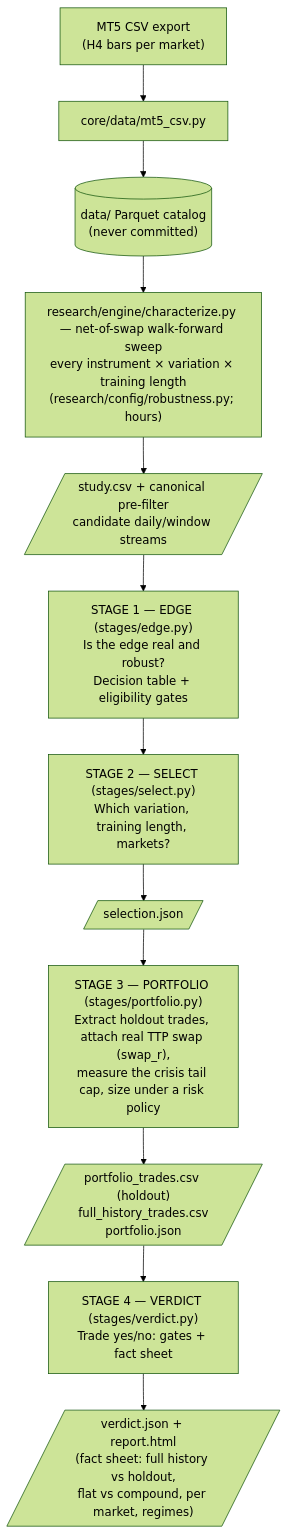
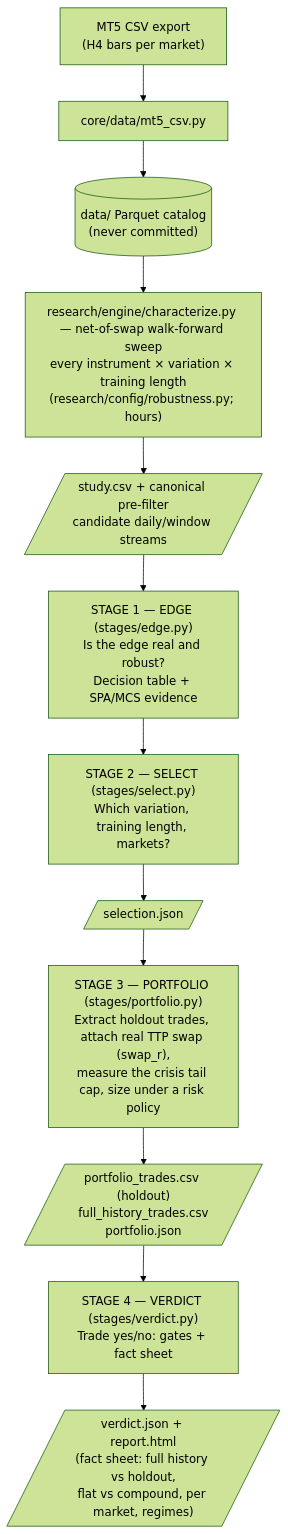
Before and after one commit to QPlus-Capital/trading-system: the second of 5 diagrams in docs/architecture.md, drawn with Mermaid (forest theme). The commit also changed other lines of this file and 15 other files, not shown here.

````diff
--- a/docs/architecture.md
+++ b/docs/architecture.md
@@ -61,18 +61,18 @@
 ```mermaid
 flowchart TD
     CSV["MT5 CSV export<br/>(H4 bars per market)"] --> INGEST["core/data/mt5_csv.py"]
     INGEST --> CAT[("data/ Parquet catalog<br/>(never committed)")]
 
     CAT --> SWEEP["research/engine/characterize.py — net-of-swap walk-forward sweep<br/>every instrument × variation × training length<br/>(research/config/robustness.py; hours)"]
     SWEEP --> STUDY[/"study.csv + canonical pre-filter<br/>candidate daily/window streams"/]
 
-    STUDY --> S1["STAGE 1 — EDGE (stages/edge.py)<br/>Is the edge real and robust?<br/>Decision table + eligibility gates"]
+    STUDY --> S1["STAGE 1 — EDGE (stages/edge.py)<br/>Is the edge real and robust?<br/>Decision table + SPA/MCS evidence"]
     S1 --> S2["STAGE 2 — SELECT (stages/select.py)<br/>Which variation, training length, markets?"]
     S2 --> SEL[/"selection.json"/]
 
     SEL --> S3["STAGE 3 — PORTFOLIO (stages/portfolio.py)<br/>Extract holdout trades, attach real TTP swap (swap_r),<br/>measure the crisis tail cap, size under a risk policy"]
     S3 --> PT[/"portfolio_trades.csv (holdout)<br/>full_history_trades.csv<br/>portfolio.json"/]
 
     PT --> S4["STAGE 4 — VERDICT (stages/verdict.py)<br/>Trade yes/no: gates + fact sheet"]
     S4 --> OUT[/"verdict.json + report.html<br/>(fact sheet: full history vs holdout,<br/>flat vs compound, per market, regimes)"/]
 ```
````
